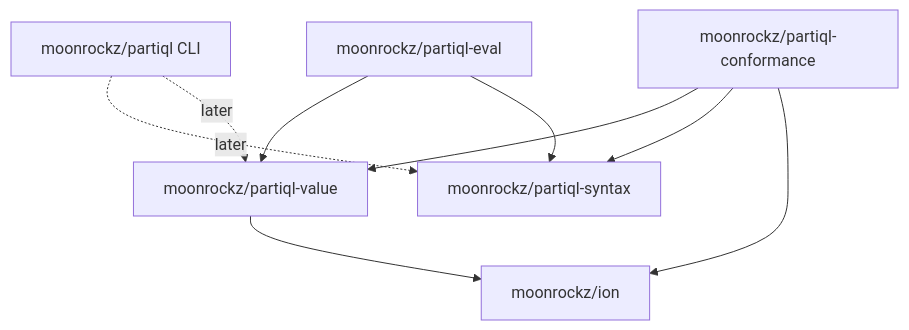
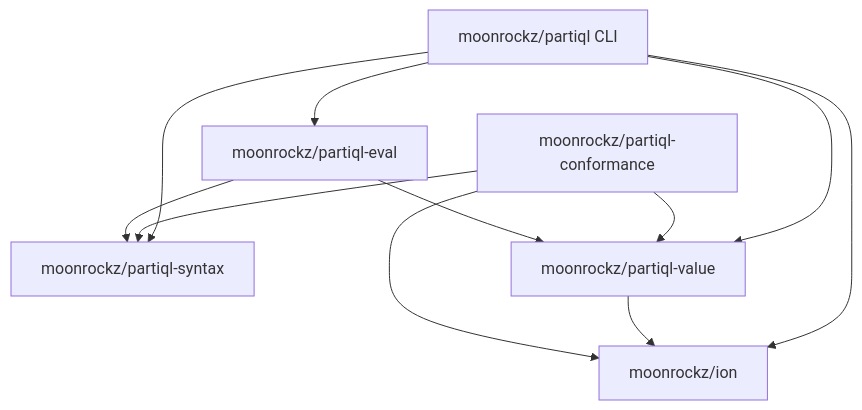
The diagram in docs/architecture.md (moonrockz/partiql), drawn with Mermaid before and after one commit. The commit also changed other lines of this file and 20 other files, not shown here.

First line of the commit message:
feat(cli): partiql query (M4e) (#29)

````diff
--- a/docs/architecture.md
+++ b/docs/architecture.md
@@ -36,11 +36,13 @@
 ```mermaid
 graph TD
-  partiql[moonrockz/partiql CLI] -.later.-> syntax[moonrockz/partiql-syntax]
-  partiql -.later.-> value[moonrockz/partiql-value]
+  partiql[moonrockz/partiql CLI] --> syntax[moonrockz/partiql-syntax]
+  partiql --> value[moonrockz/partiql-value]
+  partiql --> eval
+  partiql --> ion
   value --> ion[moonrockz/ion]
   conformance[moonrockz/partiql-conformance] --> value
   conformance --> syntax
   conformance --> ion
   eval[moonrockz/partiql-eval] --> value
   eval --> syntax
 ```
````
